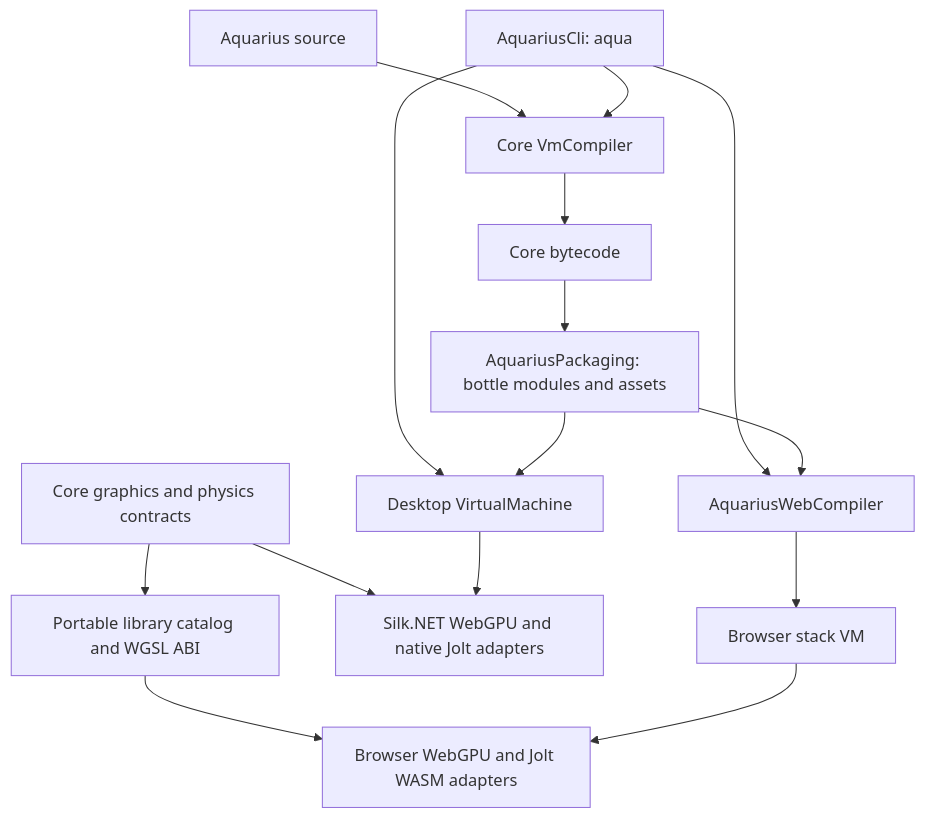
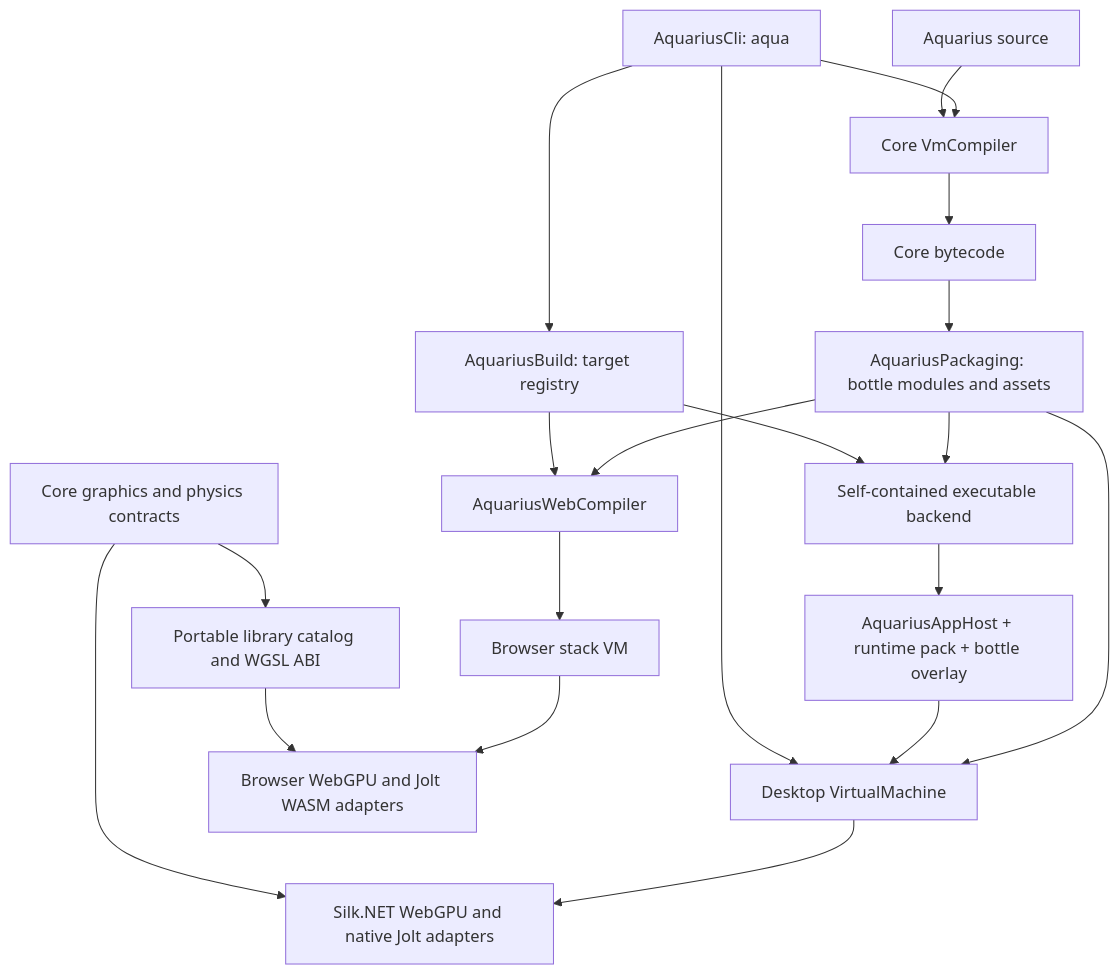
One commit to Aquarius-Language/AquariusLangTW changed the diagram in ARCHITECTURE.md. Above: the diagram before and after it, drawn with Mermaid. The commit also changed other lines of this file and 56 other files, not shown here.

````diff
--- a/ARCHITECTURE.md
+++ b/ARCHITECTURE.md
@@ -3,17 +3,22 @@
 ```mermaid
 flowchart TD
     Source[Aquarius source] --> Compiler[Core VmCompiler]
     Compiler --> Bytecode[Core bytecode]
     Bytecode --> Bottle[AquariusPackaging: bottle modules and assets]
     Cli[AquariusCli: aqua] --> Compiler
     Cli --> Desktop[Desktop VirtualMachine]
-    Cli --> WebCompiler[AquariusWebCompiler]
+    Cli --> Targets[AquariusBuild: target registry]
+    Targets --> WebCompiler[AquariusWebCompiler]
+    Targets --> Windows[Self-contained executable backend]
+    Bottle --> Windows
+    Windows --> App[AquariusAppHost + runtime pack + bottle overlay]
+    App --> Desktop
     Bottle --> Desktop
     Bottle --> WebCompiler
     WebCompiler --> Browser[Browser stack VM]
     Core[Core graphics and physics contracts] --> Native[Silk.NET WebGPU and native Jolt adapters]
     Core --> Manifest[Portable library catalog and WGSL ABI]
     Manifest --> BrowserAdapters[Browser WebGPU and Jolt WASM adapters]
     Desktop --> Native
     Browser --> BrowserAdapters
 ```
````
